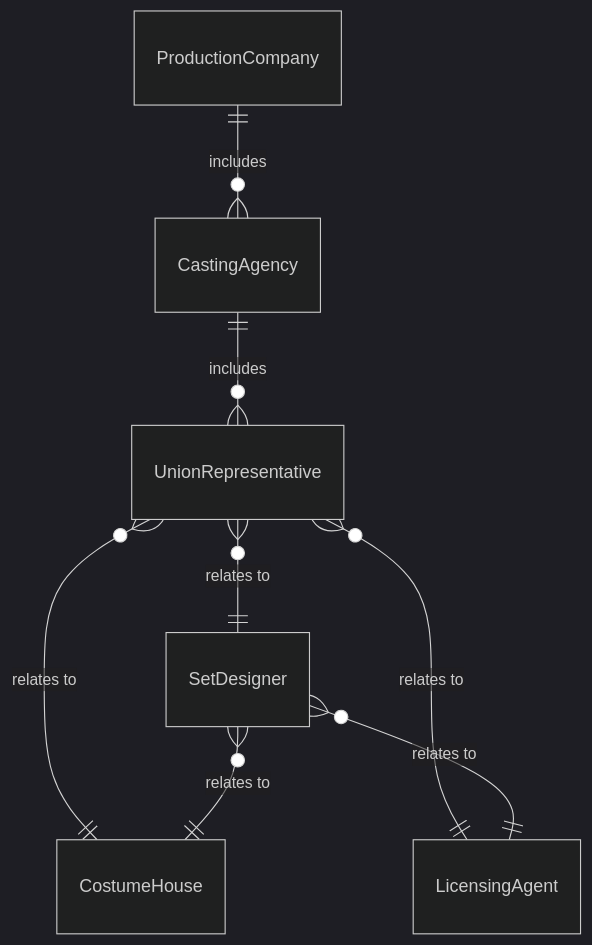
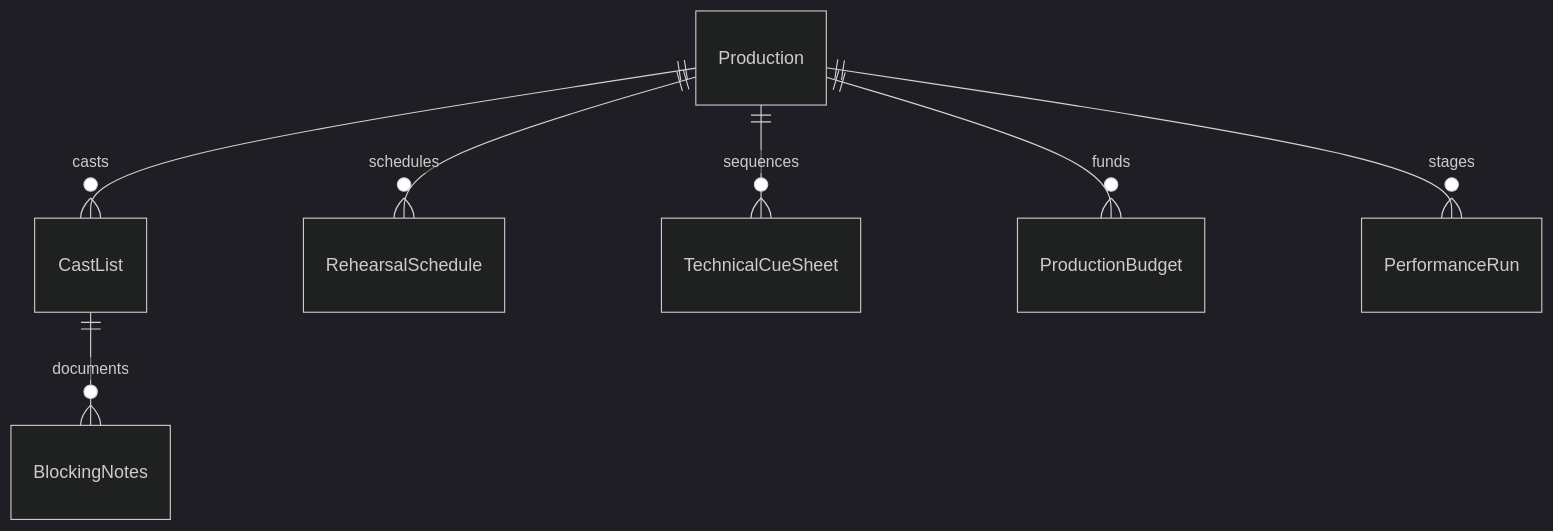
The first of 4 diagrams in GuidingDirectingAndMotivatingSubordinates/CoordinateArtisticOrEntertainmentActivities/DirectProductionsPerformances.mdx (dot-org-ai/tasks.org.ai), drawn with Mermaid (dark theme) before and after one commit. The commit also changed other lines of this file and 515 other files, not shown here.

````diff
--- a/GuidingDirectingAndMotivatingSubordinates/CoordinateArtisticOrEntertainmentActivities/DirectProductionsPerformances.mdx
+++ b/GuidingDirectingAndMotivatingSubordinates/CoordinateArtisticOrEntertainmentActivities/DirectProductionsPerformances.mdx
@@ -92,10 +92,9 @@
 ```mermaid
 erDiagram
-    ProductionCompany ||--o{ CastingAgency : includes
-    CastingAgency ||--o{ UnionRepresentative : includes
-    UnionRepresentative }o--|| SetDesigner : "relates to"
-    UnionRepresentative }o--|| CostumeHouse : "relates to"
-    UnionRepresentative }o--|| LicensingAgent : "relates to"
-    SetDesigner }o--|| CostumeHouse : "relates to"
-    SetDesigner }o--|| LicensingAgent : "relates to"
+    Production ||--o{ CastList : casts
+    Production ||--o{ RehearsalSchedule : schedules
+    Production ||--o{ TechnicalCueSheet : sequences
+    Production ||--o{ ProductionBudget : funds
+    Production ||--o{ PerformanceRun : stages
+    CastList ||--o{ BlockingNotes : documents
 ```
````
